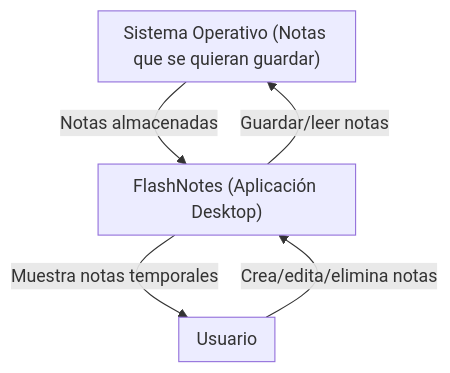
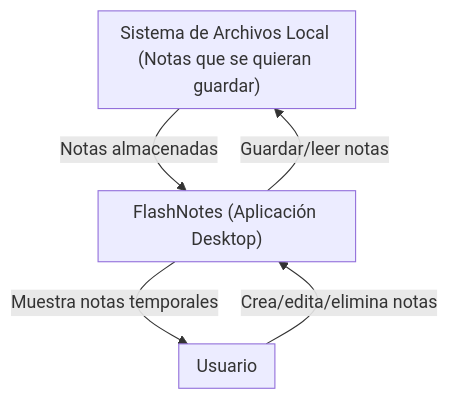
One commit to jangelmm/FlashNotes changed the first of 11 diagrams in README.md. Above: the diagram before and after it, drawn with Mermaid. The commit also changed other lines of this file, not shown here.

````diff
--- a/README.md
+++ b/README.md
@@ -26,16 +26,16 @@
 ```mermaid
 flowchart TD
     subgraph Usuario["Usuario"]
     end
 
     subgraph Sistema["FlashNotes (Aplicación Desktop)"]
     end
 
-    subgraph BD["Sistema Operativo (Notas que se quieran guardar)"]
+    subgraph BD["Sistema de Archivos Local (Notas que se quieran guardar)"]
     end
 
     Usuario -->|Crea/edita/elimina notas| Sistema
     Sistema -->|Muestra notas temporales| Usuario
     Sistema -->|Guardar/leer notas| BD
     BD -->|Notas almacenadas| Sistema
 ```
````
